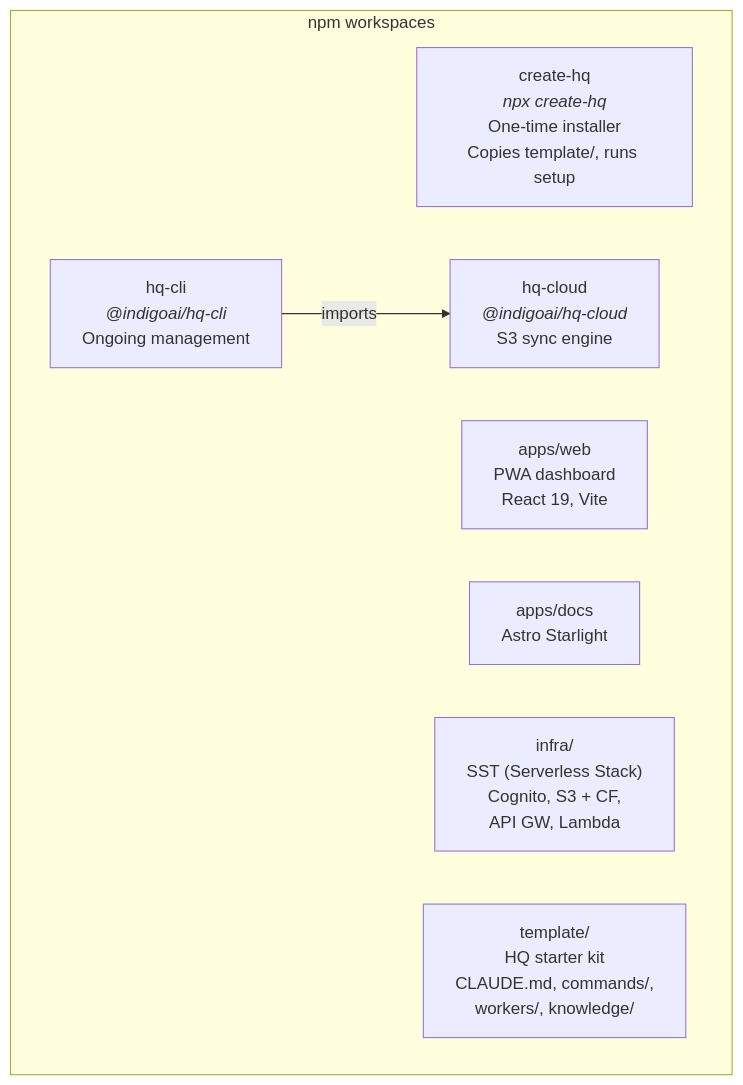
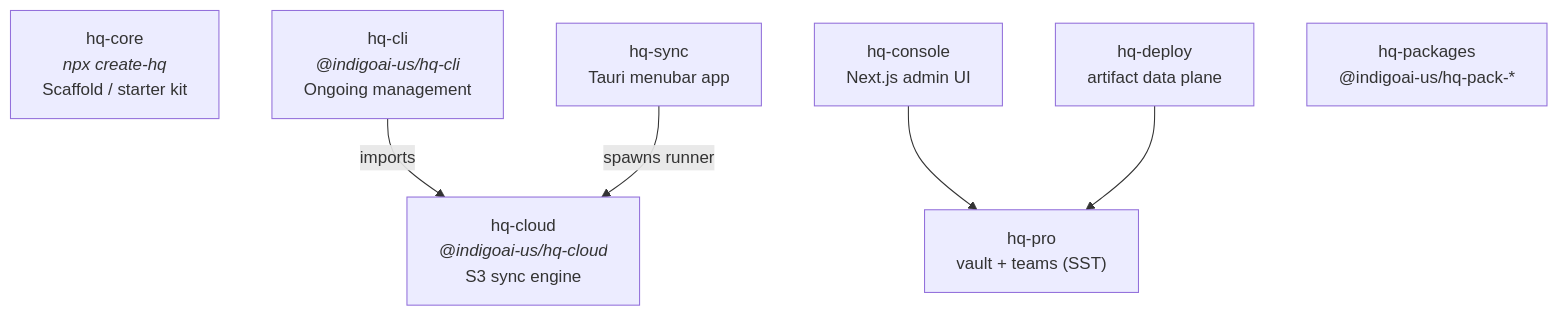
The fifth of 6 diagrams in src/content/docs/hq/architecture/1-overview.mdx (indigoai-us/indigo-docs), drawn with Mermaid before and after one commit. The commit also changed other lines of this file and 7 other files, not shown here.

First line of the commit message:
docs(US-001): de-monorepo the Architecture section

````diff
--- a/src/content/docs/hq/architecture/1-overview.mdx
+++ b/src/content/docs/hq/architecture/1-overview.mdx
@@ -112,13 +111,15 @@
 ```mermaid
 graph TD
-    subgraph ws["npm workspaces"]
-        createhq["create-hq<br/><i>npx create-hq</i><br/>One-time installer<br/>Copies template/, runs setup"]
-        hqcli["hq-cli<br/><i>@indigoai/hq-cli</i><br/>Ongoing management"]
-        hqcloud["hq-cloud<br/><i>@indigoai/hq-cloud</i><br/>S3 sync engine"]
-        hqcli -->|imports| hqcloud
-        appsweb["apps/web<br/>PWA dashboard<br/>React 19, Vite"]
-        appsdocs["apps/docs<br/>Astro Starlight"]
-        infrabox["infra/<br/>SST (Serverless Stack)<br/>Cognito, S3 + CF,<br/>API GW, Lambda"]
-        templatebox["template/<br/>HQ starter kit<br/>CLAUDE.md, commands/,<br/>workers/, knowledge/"]
-    end
+    createhq["hq-core<br/><i>npx create-hq</i><br/>Scaffold / starter kit"]
+    hqcli["hq-cli<br/><i>@indigoai-us/hq-cli</i><br/>Ongoing management"]
+    hqcloud["hq-cloud<br/><i>@indigoai-us/hq-cloud</i><br/>S3 sync engine"]
+    hqsync["hq-sync<br/>Tauri menubar app"]
+    hqcli -->|imports| hqcloud
+    hqsync -->|spawns runner| hqcloud
+    console["hq-console<br/>Next.js admin UI"]
+    deploy["hq-deploy<br/>artifact data plane"]
+    pro["hq-pro<br/>vault + teams (SST)"]
+    packs["hq-packages<br/>@indigoai-us/hq-pack-*"]
+    console --> pro
+    deploy --> pro
 ```
````
